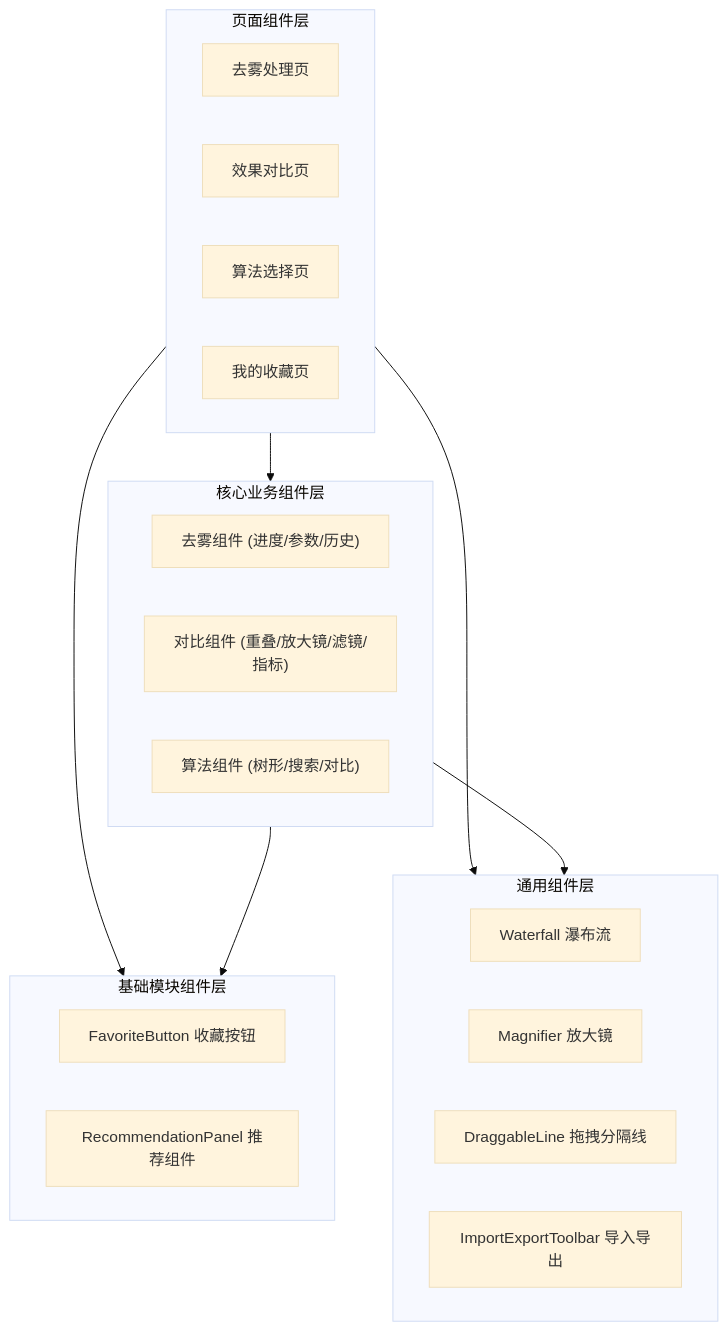
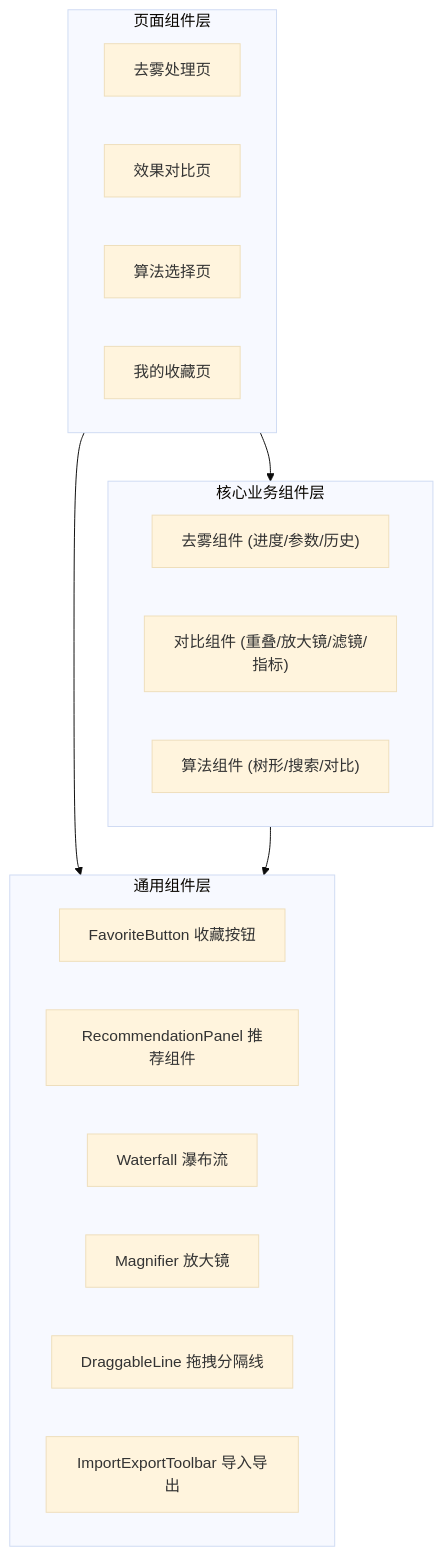
One commit to earthy-zinc/dehaze-system changed the second of 2 diagrams in dehaze-doc/docs/04-项目实现/前端/01-Vue架构文档.md. Above: the diagram before and after it, drawn with Mermaid (base theme). The commit also changed other lines of this file and 24 other files, not shown here.

First line of the commit message:
docs: add and update multiple architecture documents

````diff
--- a/dehaze-doc/docs/04-项目实现/前端/01-Vue架构文档.md
+++ b/dehaze-doc/docs/04-项目实现/前端/01-Vue架构文档.md
@@ -97,33 +104,28 @@
 ```mermaid
 flowchart TB
     subgraph PageLayer["页面组件层"]
         DehazePage["去雾处理页"]
         ComparePage["效果对比页"]
         AlgoSelectPage["算法选择页"]
         FavoritesPage["我的收藏页"]
     end
 
     subgraph CoreBiz["核心业务组件层"]
         DehazeComp["去雾组件 (进度/参数/历史)"]
         CompareComp["对比组件 (重叠/放大镜/滤镜/指标)"]
         AlgoComp["算法组件 (树形/搜索/对比)"]
     end
 
-    subgraph BaseBiz["基础模块组件层"]
+    subgraph Common["通用组件层"]
         FavoriteBtn["FavoriteButton 收藏按钮"]
         RecommendPanel["RecommendationPanel 推荐组件"]
-    end
-
-    subgraph Common["通用组件层"]
         Waterfall["Waterfall 瀑布流"]
         Magnifier["Magnifier 放大镜"]
         DraggableLine["DraggableLine 拖拽分隔线"]
         ImportExport["ImportExportToolbar 导入导出"]
     end
 
     PageLayer --> CoreBiz
-    PageLayer --> BaseBiz
     PageLayer --> Common
-    CoreBiz --> BaseBiz
     CoreBiz --> Common
 ```
````
